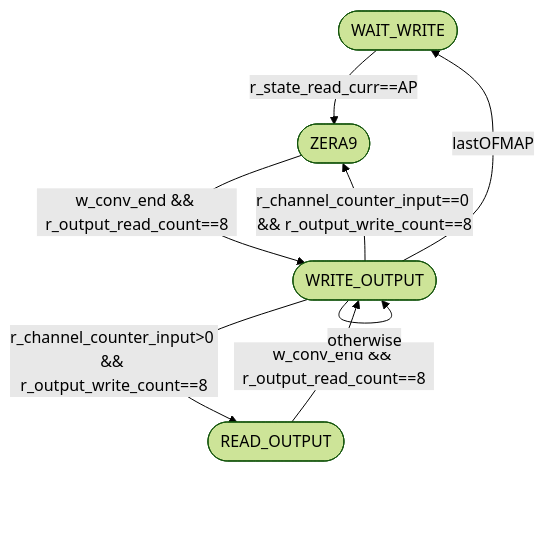
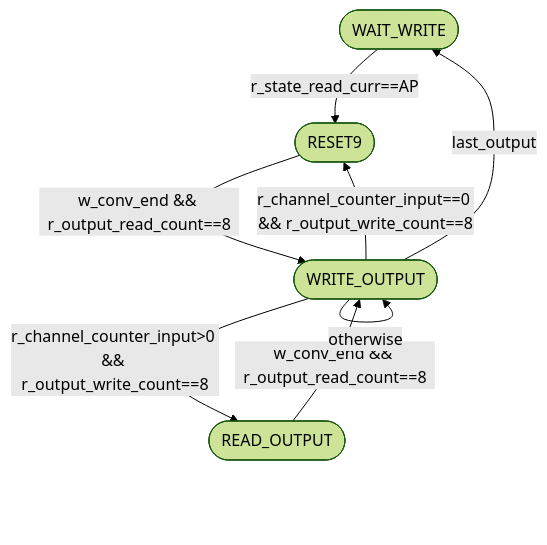
Before and after one commit to tarsioonofrio/FastConv_SystemVerilog: the third of 3 diagrams in rtl/control/README.md, drawn with Mermaid (forest theme). The commit also changed other lines of this file and 7 other files, not shown here.

````diff
--- a/rtl/control/README.md
+++ b/rtl/control/README.md
@@ -99,10 +99,10 @@
 ```mermaid
 flowchart TB
-    WW(["WAIT_WRITE"]) -->|"r_state_read_curr==AP"| Z(["ZERA9"])
+    WW(["WAIT_WRITE"]) -->|"r_state_read_curr==AP"| Z(["RESET9"])
     Z -->|"w_conv_end && r_output_read_count==8"| WR(["WRITE_OUTPUT"])
     R(["READ_OUTPUT"]) -->|"w_conv_end && r_output_read_count==8"| WR
     WR -->|"r_channel_counter_input==0 && r_output_write_count==8"| Z
     WR -->|"r_channel_counter_input>0 && r_output_write_count==8"| R
-    WR -->|"lastOFMAP"| WW
+    WR -->|"last_output"| WW
     WR -->|"otherwise"| WR
 ```
````
